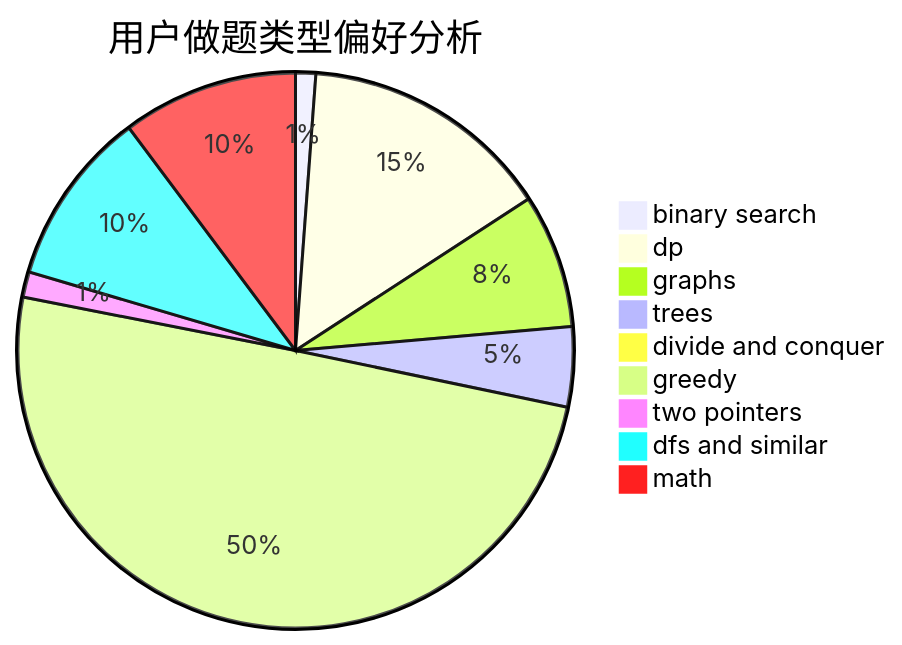
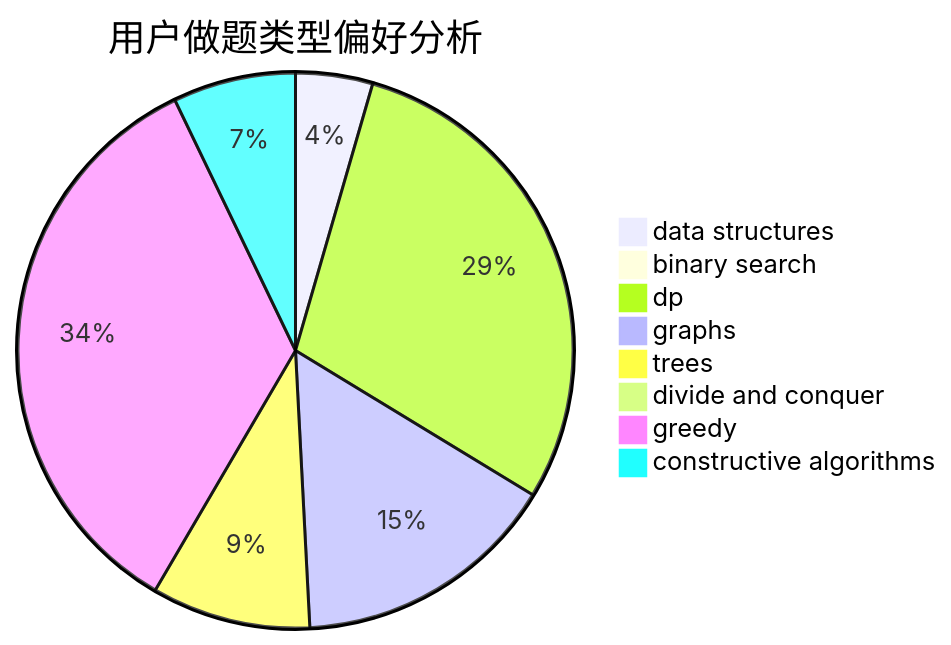
The second of 3 diagrams in docs/user/u2048.md (sherpahu/cfrs.github.io), drawn with Mermaid before and after one commit. The commit also changed other lines of this file and 2775 other files, not shown here.

````diff
--- a/docs/user/u2048.md
+++ b/docs/user/u2048.md
@@ -23,12 +23,11 @@
 ```mermaid
 pie title 用户做题类型偏好分析
-    "binary search" :  31
-    "dp" :  387
-    "graphs" :  206
-    "trees" :  123
+    "data structures" :  49
+    "binary search" :  0
+    "dp" :  319
+    "graphs" :  169
+    "trees" :  101
     "divide and conquer" :  0
-    "greedy" :  1316
-    "two pointers" :  39
-    "dfs and similar" :  270
-    "math" :  270
+    "greedy" :  376
+    "constructive algorithms" :  78
 ```
````
